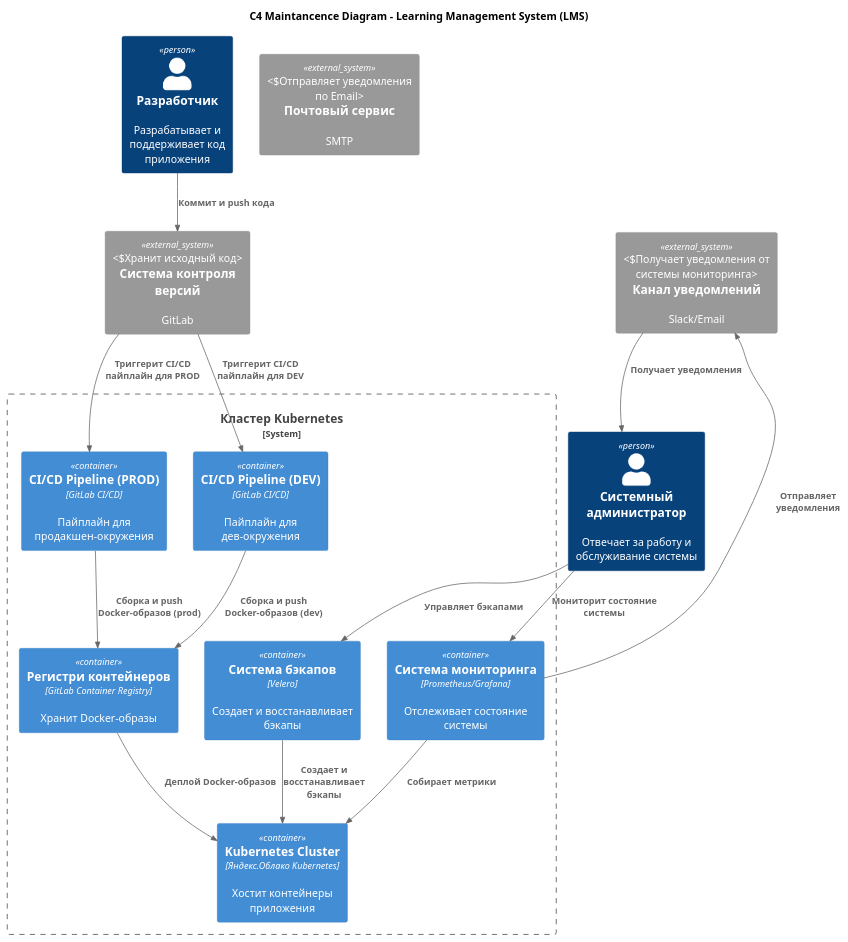
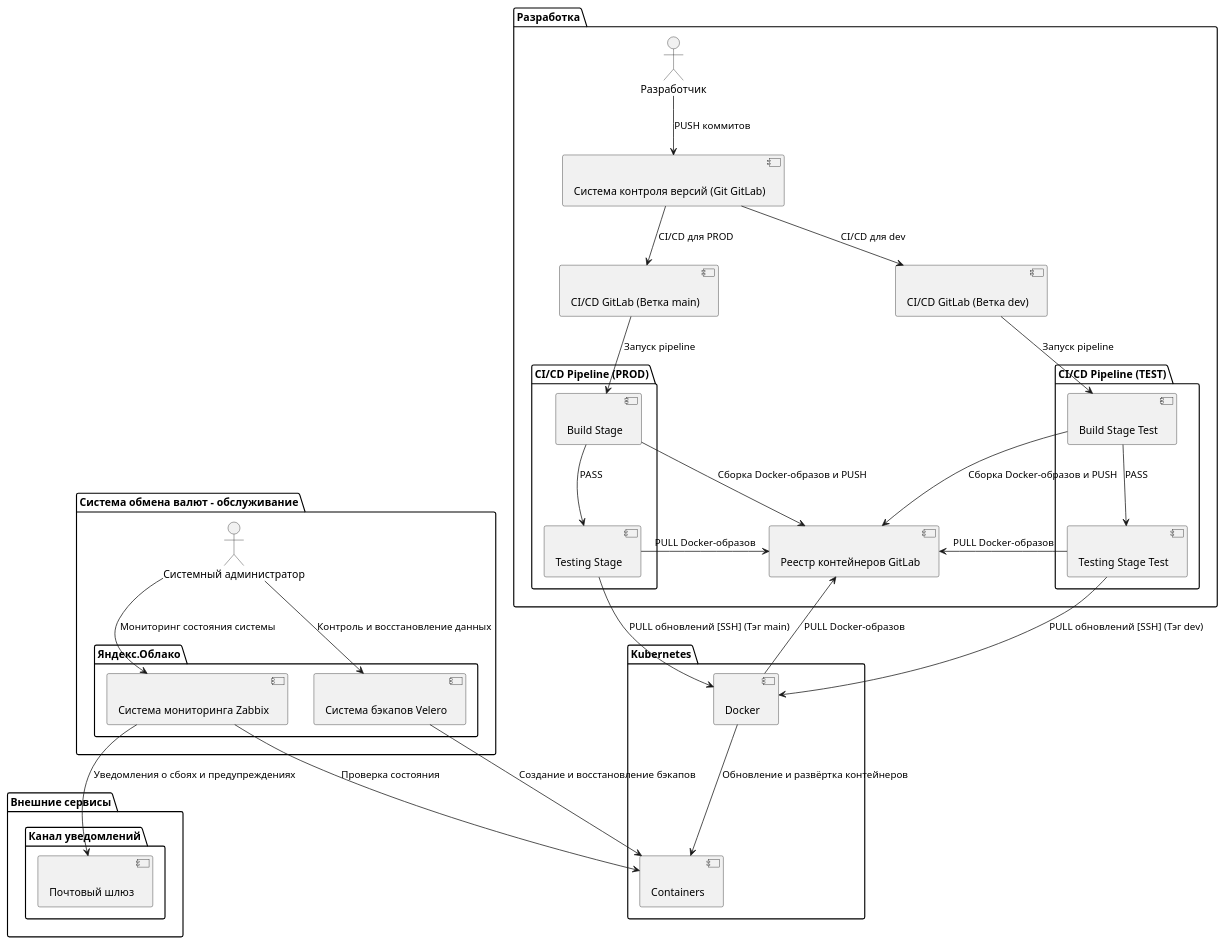
The diagram in 2. Технический проект/maintanence.puml (AkshachRd/software-development), drawn with PlantUML before and after one commit.

Commit message:
Вернул maintanence.

```diff
--- a/2. Технический проект/maintanence.puml
+++ b/2. Технический проект/maintanence.puml
@@ -1,44 +1,62 @@
 @startuml
-!include https://raw.githubusercontent.com/plantuml-stdlib/C4-PlantUML/master/C4_Context.puml
-!include https://raw.githubusercontent.com/plantuml-stdlib/C4-PlantUML/master/C4_Container.puml
 
-title C4 Maintancence Diagram - Learning Management System (LMS)
-
-' Определение участников
-Person(sys_admin, "Системный администратор", "Отвечает за работу и обслуживание системы")
-Person(developer, "Разработчик", "Разрабатывает и поддерживает код приложения")
-
-System_Boundary(kubernetes_boundary, "Кластер Kubernetes") {
-    Container(docker_registry, "Регистри контейнеров", "GitLab Container Registry", "Хранит Docker-образы")
-    Container(ci_cd_prod, "CI/CD Pipeline (PROD)", "GitLab CI/CD", "Пайплайн для продакшен-окружения")
-    Container(ci_cd_dev, "CI/CD Pipeline (DEV)", "GitLab CI/CD", "Пайплайн для дев-окружения")
-    Container(k8s_cluster, "Kubernetes Cluster", "Яндекс.Облако Kubernetes", "Хостит контейнеры приложения")
-    Container(monitoring_service, "Система мониторинга", "Prometheus/Grafana", "Отслеживает состояние системы")
-    Container(backup_service, "Система бэкапов", "Velero", "Создает и восстанавливает бэкапы")
+package "Kubernetes" as k8s {
+  [Docker] as docker << (C, #FFAAAA) >>
+  [Containers] as containers << (C, #FFAAAA) >>
 }
 
-System_Ext(mail_service, "Почтовый сервис", "SMTP", "Отправляет уведомления по Email")
-System_Ext(vcs, "Система контроля версий", "GitLab", "Хранит исходный код")
-System_Ext(notification_channel, "Канал уведомлений", "Slack/Email", "Получает уведомления от системы мониторинга")
+package "Система обмена валют - обслуживание" as maintenance {
+    actor "Системный администратор" as sys_admin
+    package "Яндекс.Облако" as cloud {
+      [Система мониторинга Zabbix] as monitoring_service << (C, #FFAAAA) >>
+      [Система бэкапов Velero] as backup_service << (C, #FFAAAA) >>
+    }
+}
 
-' Взаимодействия
+package "Внешние сервисы" as outer_services {
+    package "Канал уведомлений" as notifications {
+        [Почтовый шлюз] as email_service << (C, #FFAAAA) >>
+    }
+}
 
-Rel(developer, vcs, "Коммит и push кода")
-Rel(vcs, ci_cd_dev, "Триггерит CI/CD пайплайн для DEV")
-Rel(vcs, ci_cd_prod, "Триггерит CI/CD пайплайн для PROD")
+package "Разработка" as development {
+    actor "Разработчик" as developer
+    [Система контроля версий (Git GitLab)] as vcs << (C, #FFAAAA) >>
+    [CI/CD GitLab (Ветка main)] as cicd << (C, #FFAAAA) >>
+    [CI/CD GitLab (Ветка dev)] as cicdtest << (C, #FFAAAA) >>
+    
+    package "CI/CD Pipeline (PROD)" as build {
+      [Build Stage] as buildstage << (C, #FFAAAA) >>
+      [Testing Stage] as testingstage << (C, #FFAAAA) >>
+    }
 
-Rel(ci_cd_dev, docker_registry, "Сборка и push Docker-образов (dev)")
-Rel(ci_cd_prod, docker_registry, "Сборка и push Docker-образов (prod)")
+    package "CI/CD Pipeline (TEST)" as buildtest {
+      [Build Stage Test] as buildstagetest << (C, #FFAAAA) >>
+      [Testing Stage Test] as testingstagetest << (C, #FFAAAA) >>
+    }
 
-Rel(docker_registry, k8s_cluster, "Деплой Docker-образов")
+    [Реестр контейнеров GitLab] as containeregistry << (C, #FFAAAA) >>
+}
 
-Rel(sys_admin, monitoring_service, "Мониторит состояние системы")
-Rel(monitoring_service, notification_channel, "Отправляет уведомления")
-Rel(monitoring_service, k8s_cluster, "Собирает метрики")
-
-Rel(sys_admin, backup_service, "Управляет бэкапами")
-Rel(backup_service, k8s_cluster, "Создает и восстанавливает бэкапы")
-
-Rel(notification_channel, sys_admin, "Получает уведомления")
+sys_admin --> monitoring_service : "Мониторинг состояния системы"
+sys_admin --> backup_service : "Контроль и восстановление данных"
+monitoring_service --> email_service : "Уведомления о сбоях и предупреждениях"
+developer --> vcs : "PUSH коммитов"
+vcs --> cicd : "CI/CD для PROD"
+vcs --> cicdtest : "CI/CD для dev"
+cicd --> buildstage : "Запуск pipeline"
+cicdtest --> buildstagetest : "Запуск pipeline"
+buildstage --> containeregistry : "Сборка Docker-образов и PUSH"
+buildstagetest --> containeregistry : "Сборка Docker-образов и PUSH"
+containeregistry <-- testingstage : "PULL Docker-образов"
+containeregistry <-- testingstagetest : "PULL Docker-образов"
+buildstage --> testingstage : "PASS"
+buildstagetest --> testingstagetest : "PASS"
+testingstage --> docker : "PULL обновлений [SSH] (Тэг main)"
+testingstagetest --> docker : "PULL обновлений [SSH] (Тэг dev)"
+docker --> containeregistry : "PULL Docker-образов"
+docker --> containers : "Обновление и развёртка контейнеров"
+monitoring_service --> containers : "Проверка состояния"
+backup_service --> containers : "Создание и восстановление бэкапов"
 
 @enduml
```
